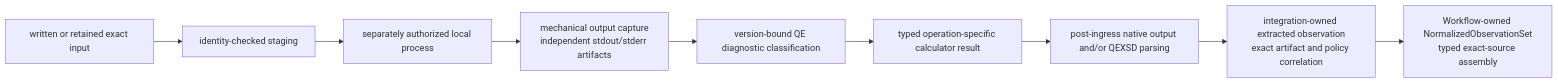
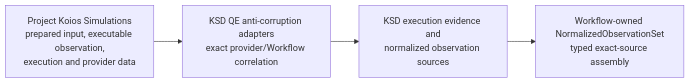
Before and after one commit to eragasa/ksdft2effmass: the second of 2 diagrams in docs/architecture/v2/ksdft2effmass/integration/quantum_espresso/index.md, drawn with Mermaid. The commit also changed other lines of this file and 263 other files, not shown here.

Commit message:
feat: migrate QE execution evidence and PW persistence

````diff
--- a/docs/architecture/v2/ksdft2effmass/integration/quantum_espresso/index.md
+++ b/docs/architecture/v2/ksdft2effmass/integration/quantum_espresso/index.md
@@ -84,11 +113,11 @@
 ```mermaid
 flowchart LR
-    written["written or retained exact input"] --> stage["identity-checked staging"]
-    stage --> process["separately authorized local process"]
-    process --> capture["mechanical output capture<br/>independent stdout/stderr artifacts"]
-    capture --> diagnostics["version-bound QE diagnostic classification"]
-    diagnostics --> result["typed operation-specific calculator result"]
-    result --> native["post-ingress native output and/or QEXSD parsing"]
-    native --> adapt["integration-owned extracted observation<br/>exact artifact and policy correlation"]
-    adapt --> normalized["Workflow-owned NormalizedObservationSet<br/>typed exact-source assembly"]
+    simulations["Project Koios Simulations<br/>prepared input, executable observation,<br/>execution and provider data"]
+    adapter["KSD QE anti-corruption adapters<br/>exact provider/Workflow correlation"]
+    evidence["KSD execution evidence and<br/>normalized observation sources"]
+    normalized["Workflow-owned NormalizedObservationSet<br/>typed exact-source assembly"]
+
+    simulations --> adapter
+    adapter --> evidence
+    evidence --> normalized
 ```
````
